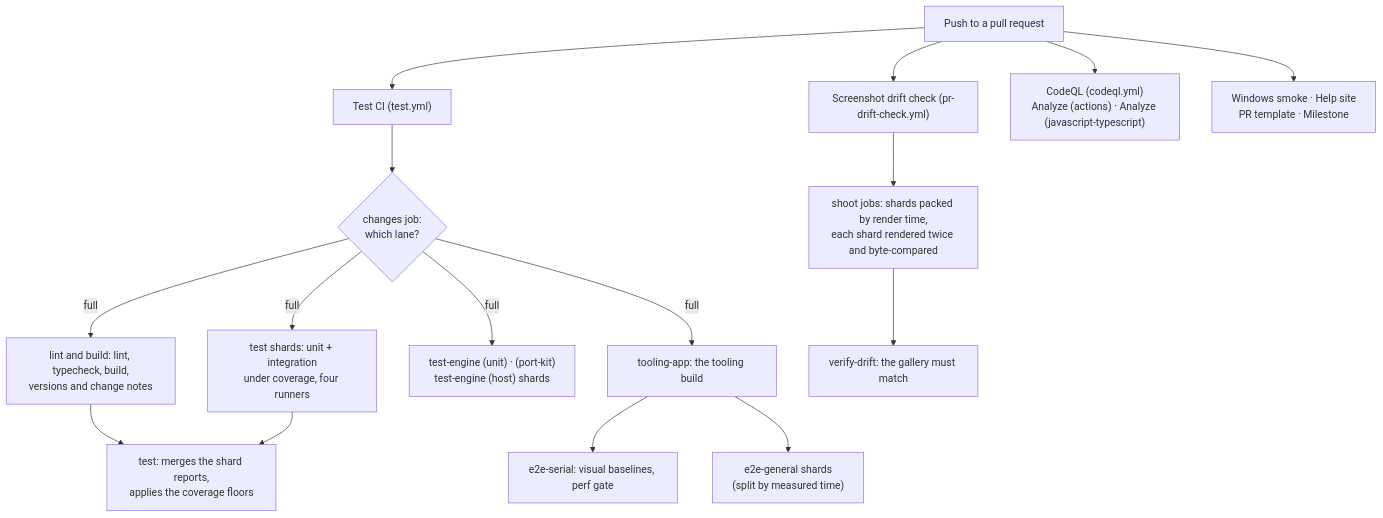
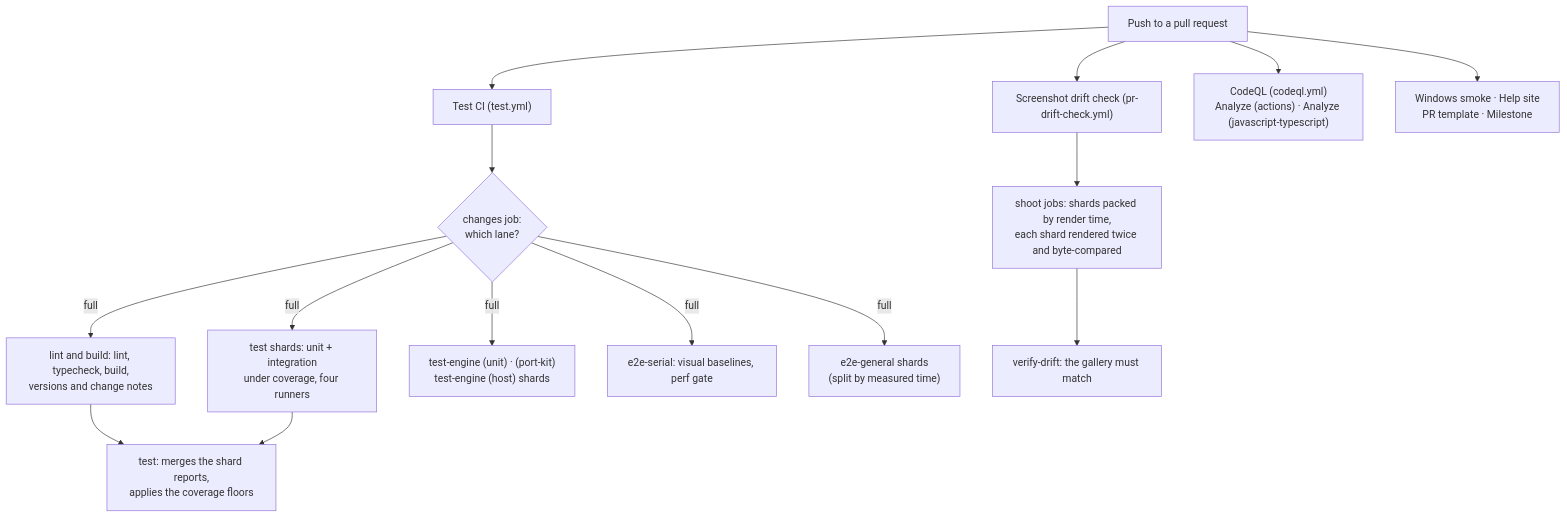
One commit to maniator/verticopolis changed the first of 2 diagrams in docs/ci/pipeline.md. Above: the diagram before and after it, drawn with Mermaid. The commit also changed other lines of this file and 1 other file, not shown here.

````diff
--- a/docs/ci/pipeline.md
+++ b/docs/ci/pipeline.md
@@ -10,19 +10,18 @@
 ```mermaid
 flowchart TD
     PR["Push to a pull request"] --> Test["Test CI (test.yml)"]
     PR --> Drift["Screenshot drift check (pr-drift-check.yml)"]
     PR --> CodeQL["CodeQL (codeql.yml)<br/>Analyze (actions) · Analyze (javascript-typescript)"]
     PR --> Other["Windows smoke · Help site<br/>PR template · Milestone"]
 
     Test --> Lane{"changes job:<br/>which lane?"}
     Lane -->|full| Lint["lint and build: lint, typecheck, build,<br/>versions and change notes"]
     Lane -->|full| Shards["test shards: unit + integration<br/>under coverage, four runners"]
     Lint --> Fast["test: merges the shard reports,<br/>applies the coverage floors"]
     Shards --> Fast
     Lane -->|full| EngineLegs["test-engine (unit) · (port-kit)<br/>test-engine (host) shards"]
-    Lane -->|full| Tooling["tooling-app: the tooling build"]
-    Tooling --> E2E["e2e-serial: visual baselines, perf gate"]
-    Tooling --> E2EG["e2e-general shards<br/>(split by measured time)"]
+    Lane -->|full| E2E["e2e-serial: visual baselines, perf gate"]
+    Lane -->|full| E2EG["e2e-general shards<br/>(split by measured time)"]
     Drift --> Shoot["shoot jobs: shards packed by render time,<br/>each shard rendered twice and byte-compared"]
     Shoot --> Verify["verify-drift: the gallery must match"]
 ```
````
